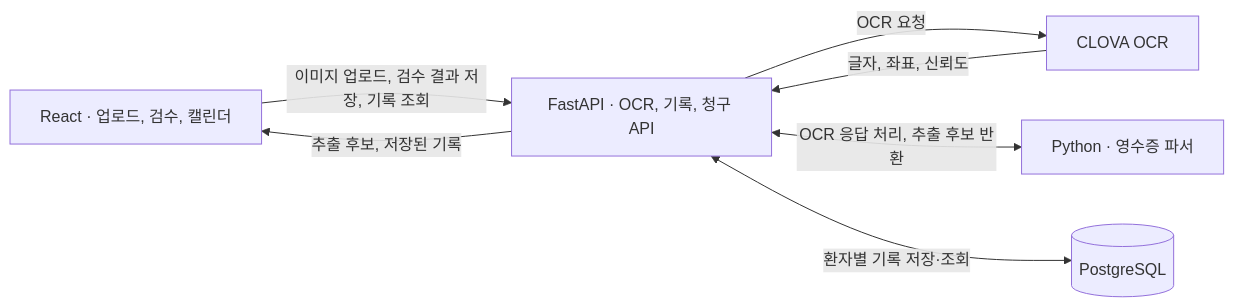
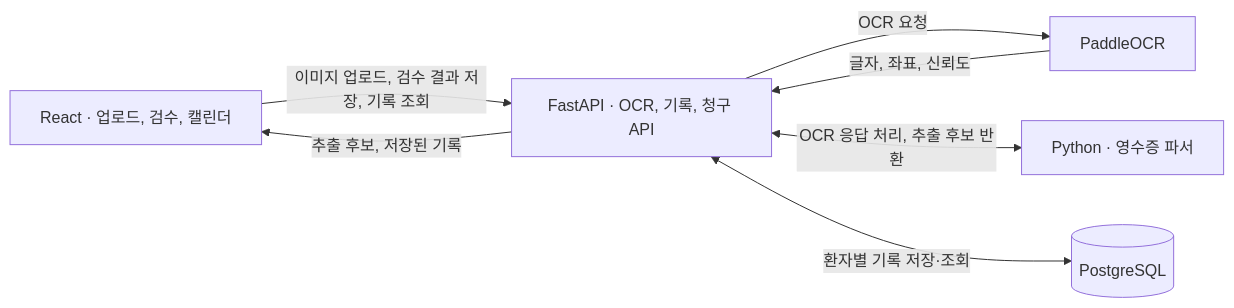
The diagram in README.md (rbgus4560/hospital-record-management-service), drawn with Mermaid before and after one commit. The commit also changed other lines of this file and 64 other files, not shown here.

First line of the commit message:
PaddleOCR 전환 및 체험용 영수증 기능 추가

````diff
--- a/README.md
+++ b/README.md
@@ -48,15 +48,15 @@
 ```mermaid
 flowchart LR
     React["React · 업로드, 검수, 캘린더"]
     API["FastAPI · OCR, 기록, 청구 API"]
-    OCR["CLOVA OCR"]
+    OCR["PaddleOCR"]
     Parser["Python · 영수증 파서"]
     DB[("PostgreSQL")]
 
     React -->|이미지 업로드, 검수 결과 저장, 기록 조회| API
     API -->|OCR 요청| OCR
     OCR -->|글자, 좌표, 신뢰도| API
     API <-->|OCR 응답 처리, 추출 후보 반환| Parser
     API <-->|환자별 기록 저장·조회| DB
     API -->|추출 후보, 저장된 기록| React
 ```
````
